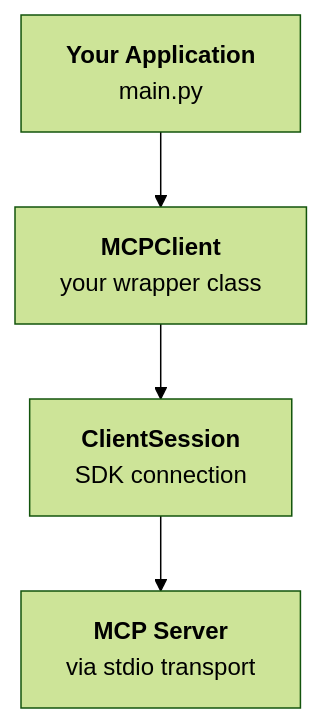
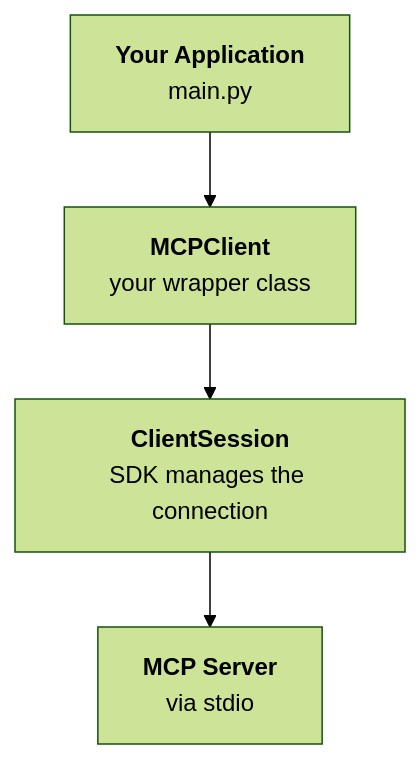
The ninth of 12 diagrams in 02-Building-with-the-Claude-API/07-Model-Context-Protocol.md (shreyabaid007/Claude-Certified-Architect), drawn with Mermaid (forest theme) before and after one commit. The commit also changed other lines of this file, not shown here.

First line of the commit message:
Rewrite MCP notes as a teaching narrative

````diff
--- a/02-Building-with-the-Claude-API/07-Model-Context-Protocol.md
+++ b/02-Building-with-the-Claude-API/07-Model-Context-Protocol.md
@@ -317,6 +421,6 @@
 ```mermaid
 flowchart TD
     A["<b>Your Application</b><br/>main.py"] --> B["<b>MCPClient</b><br/>your wrapper class"]
-    B --> C["<b>ClientSession</b><br/>SDK connection"]
-    C --> D["<b>MCP Server</b><br/>via stdio transport"]
+    B --> C["<b>ClientSession</b><br/>SDK manages the connection"]
+    C --> D["<b>MCP Server</b><br/>via stdio"]
 ```
````
